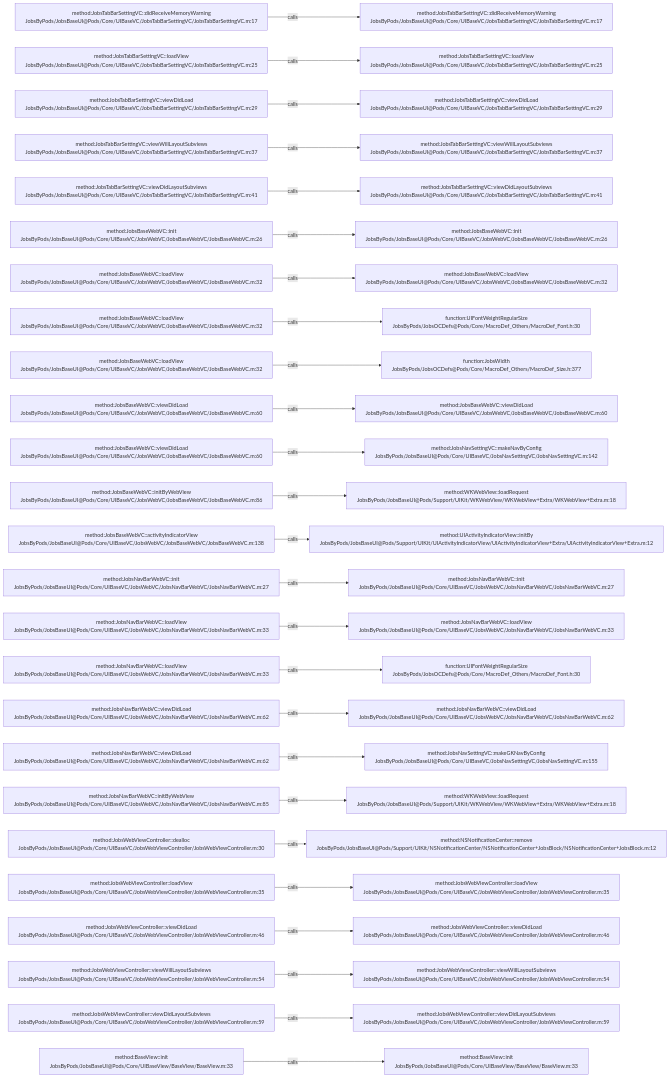
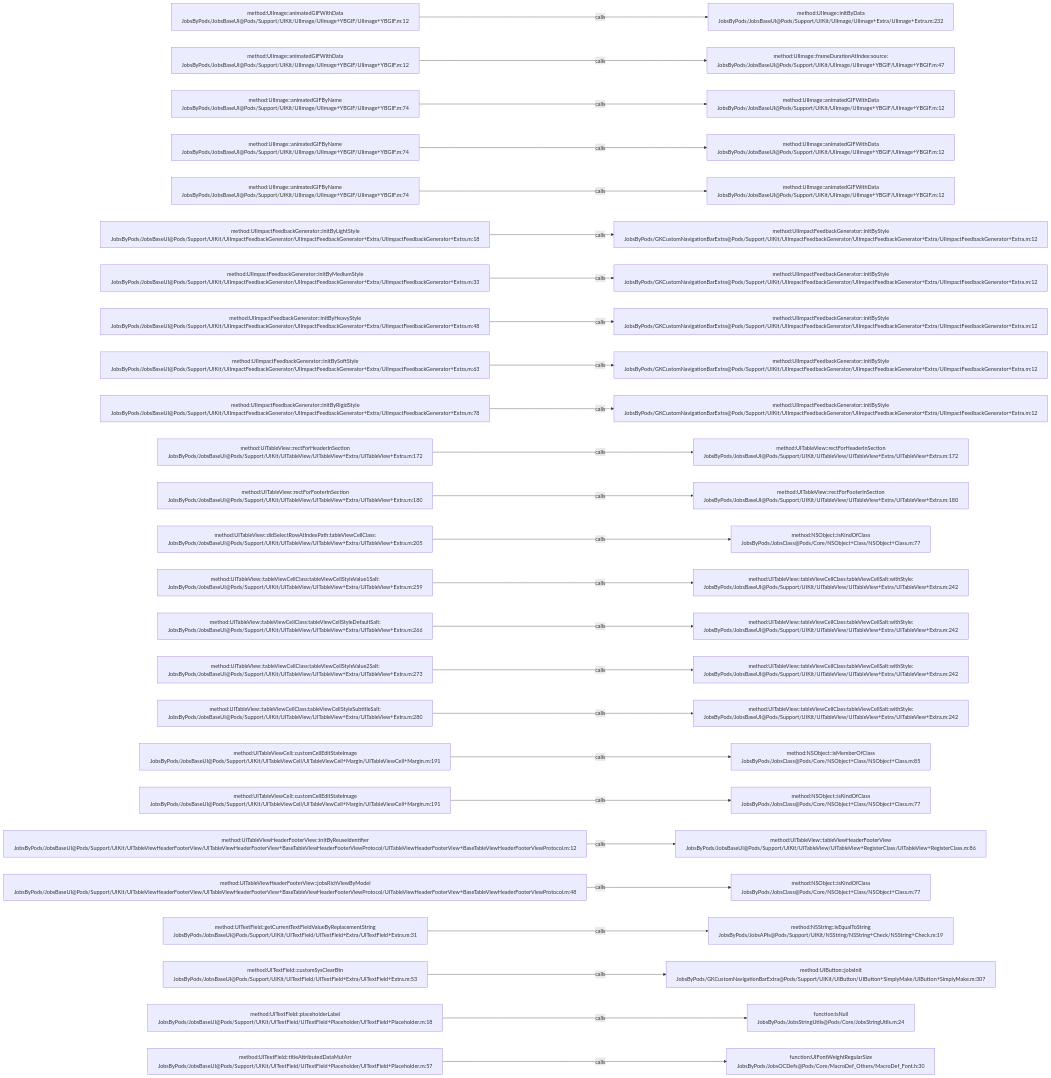
Before and after one commit to JobsKits/JobsOCBaseConfigDemo: the diagram in .codegraph/codegraph.md/graphs/calls-045.md, drawn with Mermaid. The commit also changed 1026 other files, not shown here.

````diff
--- a/.codegraph/codegraph.md/graphs/calls-045.md
+++ b/.codegraph/codegraph.md/graphs/calls-045.md
@@ -13,78 +13,78 @@
 ```mermaid
 flowchart LR
-  S1["method:JobsTabBarSettingVC::didReceiveMemoryWarning<br/>JobsByPods/JobsBaseUI@Pods/Core/UIBaseVC/JobsTabBarSettingVC/JobsTabBarSettingVC.m:17"]
-  T1["method:JobsTabBarSettingVC::didReceiveMemoryWarning<br/>JobsByPods/JobsBaseUI@Pods/Core/UIBaseVC/JobsTabBarSettingVC/JobsTabBarSettingVC.m:17"]
+  S1["method:UIImage::animatedGIFWithData<br/>JobsByPods/JobsBaseUI@Pods/Support/UIKit/UIImage/UIImage+YBGIF/UIImage+YBGIF.m:12"]
+  T1["method:UIImage::initByData<br/>JobsByPods/JobsBaseUI@Pods/Support/UIKit/UIImage/UIImage+Extra/UIImage+Extra.m:232"]
   S1 -->|calls| T1
-  S2["method:JobsTabBarSettingVC::loadView<br/>JobsByPods/JobsBaseUI@Pods/Core/UIBaseVC/JobsTabBarSettingVC/JobsTabBarSettingVC.m:25"]
-  T2["method:JobsTabBarSettingVC::loadView<br/>JobsByPods/JobsBaseUI@Pods/Core/UIBaseVC/JobsTabBarSettingVC/JobsTabBarSettingVC.m:25"]
+  S2["method:UIImage::animatedGIFWithData<br/>JobsByPods/JobsBaseUI@Pods/Support/UIKit/UIImage/UIImage+YBGIF/UIImage+YBGIF.m:12"]
+  T2["method:UIImage::frameDurationAtIndex:source:<br/>JobsByPods/JobsBaseUI@Pods/Support/UIKit/UIImage/UIImage+YBGIF/UIImage+YBGIF.m:47"]
   S2 -->|calls| T2
-  S3["method:JobsTabBarSettingVC::viewDidLoad<br/>JobsByPods/JobsBaseUI@Pods/Core/UIBaseVC/JobsTabBarSettingVC/JobsTabBarSettingVC.m:29"]
-  T3["method:JobsTabBarSettingVC::viewDidLoad<br/>JobsByPods/JobsBaseUI@Pods/Core/UIBaseVC/JobsTabBarSettingVC/JobsTabBarSettingVC.m:29"]
+  S3["method:UIImage::animatedGIFByName<br/>JobsByPods/JobsBaseUI@Pods/Support/UIKit/UIImage/UIImage+YBGIF/UIImage+YBGIF.m:74"]
+  T3["method:UIImage::animatedGIFWithData<br/>JobsByPods/JobsBaseUI@Pods/Support/UIKit/UIImage/UIImage+YBGIF/UIImage+YBGIF.m:12"]
   S3 -->|calls| T3
-  S4["method:JobsTabBarSettingVC::viewWillLayoutSubviews<br/>JobsByPods/JobsBaseUI@Pods/Core/UIBaseVC/JobsTabBarSettingVC/JobsTabBarSettingVC.m:37"]
-  T4["method:JobsTabBarSettingVC::viewWillLayoutSubviews<br/>JobsByPods/JobsBaseUI@Pods/Core/UIBaseVC/JobsTabBarSettingVC/JobsTabBarSettingVC.m:37"]
+  S4["method:UIImage::animatedGIFByName<br/>JobsByPods/JobsBaseUI@Pods/Support/UIKit/UIImage/UIImage+YBGIF/UIImage+YBGIF.m:74"]
+  T4["method:UIImage::animatedGIFWithData<br/>JobsByPods/JobsBaseUI@Pods/Support/UIKit/UIImage/UIImage+YBGIF/UIImage+YBGIF.m:12"]
   S4 -->|calls| T4
-  S5["method:JobsTabBarSettingVC::viewDidLayoutSubviews<br/>JobsByPods/JobsBaseUI@Pods/Core/UIBaseVC/JobsTabBarSettingVC/JobsTabBarSettingVC.m:41"]
-  T5["method:JobsTabBarSettingVC::viewDidLayoutSubviews<br/>JobsByPods/JobsBaseUI@Pods/Core/UIBaseVC/JobsTabBarSettingVC/JobsTabBarSettingVC.m:41"]
+  S5["method:UIImage::animatedGIFByName<br/>JobsByPods/JobsBaseUI@Pods/Support/UIKit/UIImage/UIImage+YBGIF/UIImage+YBGIF.m:74"]
+  T5["method:UIImage::animatedGIFWithData<br/>JobsByPods/JobsBaseUI@Pods/Support/UIKit/UIImage/UIImage+YBGIF/UIImage+YBGIF.m:12"]
   S5 -->|calls| T5
-  S6["method:JobsBaseWebVC::init<br/>JobsByPods/JobsBaseUI@Pods/Core/UIBaseVC/JobsWebVC/JobsBaseWebVC/JobsBaseWebVC.m:26"]
-  T6["method:JobsBaseWebVC::init<br/>JobsByPods/JobsBaseUI@Pods/Core/UIBaseVC/JobsWebVC/JobsBaseWebVC/JobsBaseWebVC.m:26"]
+  S6["method:UIImpactFeedbackGenerator::initByLightStyle<br/>JobsByPods/JobsBaseUI@Pods/Support/UIKit/UIImpactFeedbackGenerator/UIImpactFeedbackGenerator+Extra/UIImpactFeedbackGenerator+Extra.m:18"]
+  T6["method:UIImpactFeedbackGenerator::initByStyle<br/>JobsByPods/GKCustomNavigationBarExtra@Pods/Support/UIKit/UIImpactFeedbackGenerator/UIImpactFeedbackGenerator+Extra/UIImpactFeedbackGenerator+Extra.m:12"]
   S6 -->|calls| T6
-  S7["method:JobsBaseWebVC::loadView<br/>JobsByPods/JobsBaseUI@Pods/Core/UIBaseVC/JobsWebVC/JobsBaseWebVC/JobsBaseWebVC.m:32"]
-  T7["method:JobsBaseWebVC::loadView<br/>JobsByPods/JobsBaseUI@Pods/Core/UIBaseVC/JobsWebVC/JobsBaseWebVC/JobsBaseWebVC.m:32"]
+  S7["method:UIImpactFeedbackGenerator::initByMediumStyle<br/>JobsByPods/JobsBaseUI@Pods/Support/UIKit/UIImpactFeedbackGenerator/UIImpactFeedbackGenerator+Extra/UIImpactFeedbackGenerator+Extra.m:33"]
+  T7["method:UIImpactFeedbackGenerator::initByStyle<br/>JobsByPods/GKCustomNavigationBarExtra@Pods/Support/UIKit/UIImpactFeedbackGenerator/UIImpactFeedbackGenerator+Extra/UIImpactFeedbackGenerator+Extra.m:12"]
   S7 -->|calls| T7
-  S8["method:JobsBaseWebVC::loadView<br/>JobsByPods/JobsBaseUI@Pods/Core/UIBaseVC/JobsWebVC/JobsBaseWebVC/JobsBaseWebVC.m:32"]
-  T8["function:UIFontWeightRegularSize<br/>JobsByPods/JobsOCDefs@Pods/Core/MacroDef_Others/MacroDef_Font.h:30"]
+  S8["method:UIImpactFeedbackGenerator::initByHeavyStyle<br/>JobsByPods/JobsBaseUI@Pods/Support/UIKit/UIImpactFeedbackGenerator/UIImpactFeedbackGenerator+Extra/UIImpactFeedbackGenerator+Extra.m:48"]
+  T8["method:UIImpactFeedbackGenerator::initByStyle<br/>JobsByPods/GKCustomNavigationBarExtra@Pods/Support/UIKit/UIImpactFeedbackGenerator/UIImpactFeedbackGenerator+Extra/UIImpactFeedbackGenerator+Extra.m:12"]
   S8 -->|calls| T8
-  S9["method:JobsBaseWebVC::loadView<br/>JobsByPods/JobsBaseUI@Pods/Core/UIBaseVC/JobsWebVC/JobsBaseWebVC/JobsBaseWebVC.m:32"]
-  T9["function:JobsWidth<br/>JobsByPods/JobsOCDefs@Pods/Core/MacroDef_Others/MacroDef_Size.h:377"]
+  S9["method:UIImpactFeedbackGenerator::initBySoftStyle<br/>JobsByPods/JobsBaseUI@Pods/Support/UIKit/UIImpactFeedbackGenerator/UIImpactFeedbackGenerator+Extra/UIImpactFeedbackGenerator+Extra.m:63"]
+  T9["method:UIImpactFeedbackGenerator::initByStyle<br/>JobsByPods/GKCustomNavigationBarExtra@Pods/Support/UIKit/UIImpactFeedbackGenerator/UIImpactFeedbackGenerator+Extra/UIImpactFeedbackGenerator+Extra.m:12"]
   S9 -->|calls| T9
-  S10["method:JobsBaseWebVC::viewDidLoad<br/>JobsByPods/JobsBaseUI@Pods/Core/UIBaseVC/JobsWebVC/JobsBaseWebVC/JobsBaseWebVC.m:60"]
-  T10["method:JobsBaseWebVC::viewDidLoad<br/>JobsByPods/JobsBaseUI@Pods/Core/UIBaseVC/JobsWebVC/JobsBaseWebVC/JobsBaseWebVC.m:60"]
+  S10["method:UIImpactFeedbackGenerator::initByRigidStyle<br/>JobsByPods/JobsBaseUI@Pods/Support/UIKit/UIImpactFeedbackGenerator/UIImpactFeedbackGenerator+Extra/UIImpactFeedbackGenerator+Extra.m:78"]
+  T10["method:UIImpactFeedbackGenerator::initByStyle<br/>JobsByPods/GKCustomNavigationBarExtra@Pods/Support/UIKit/UIImpactFeedbackGenerator/UIImpactFeedbackGenerator+Extra/UIImpactFeedbackGenerator+Extra.m:12"]
   S10 -->|calls| T10
-  S11["method:JobsBaseWebVC::viewDidLoad<br/>JobsByPods/JobsBaseUI@Pods/Core/UIBaseVC/JobsWebVC/JobsBaseWebVC/JobsBaseWebVC.m:60"]
-  T11["method:JobsNavSettingVC::makeNavByConfig<br/>JobsByPods/JobsBaseUI@Pods/Core/UIBaseVC/JobsNavSettingVC/JobsNavSettingVC.m:142"]
+  S11["method:UITableView::rectForHeaderInSection<br/>JobsByPods/JobsBaseUI@Pods/Support/UIKit/UITableView/UITableView+Extra/UITableView+Extra.m:172"]
+  T11["method:UITableView::rectForHeaderInSection<br/>JobsByPods/JobsBaseUI@Pods/Support/UIKit/UITableView/UITableView+Extra/UITableView+Extra.m:172"]
   S11 -->|calls| T11
-  S12["method:JobsBaseWebVC::initByWebView<br/>JobsByPods/JobsBaseUI@Pods/Core/UIBaseVC/JobsWebVC/JobsBaseWebVC/JobsBaseWebVC.m:86"]
-  T12["method:WKWebView::loadRequest<br/>JobsByPods/JobsBaseUI@Pods/Support/UIKit/WKWebView/WKWebView+Extra/WKWebView+Extra.m:18"]
+  S12["method:UITableView::rectForFooterInSection<br/>JobsByPods/JobsBaseUI@Pods/Support/UIKit/UITableView/UITableView+Extra/UITableView+Extra.m:180"]
+  T12["method:UITableView::rectForFooterInSection<br/>JobsByPods/JobsBaseUI@Pods/Support/UIKit/UITableView/UITableView+Extra/UITableView+Extra.m:180"]
   S12 -->|calls| T12
-  S13["method:JobsBaseWebVC::activityIndicatorView<br/>JobsByPods/JobsBaseUI@Pods/Core/UIBaseVC/JobsWebVC/JobsBaseWebVC/JobsBaseWebVC.m:138"]
-  T13["method:UIActivityIndicatorView::initBy<br/>JobsByPods/JobsBaseUI@Pods/Support/UIKit/UIActivityIndicatorView/UIActivityIndicatorView+Extra/UIActivityIndicatorView+Extra.m:12"]
+  S13["method:UITableView::didSelectRowAtIndexPath:tableViewCellClass:<br/>JobsByPods/JobsBaseUI@Pods/Support/UIKit/UITableView/UITableView+Extra/UITableView+Extra.m:205"]
+  T13["method:NSObject::isKindOfClass<br/>JobsByPods/JobsClass@Pods/Core/NSObject+Class/NSObject+Class.m:77"]
   S13 -->|calls| T13
-  S14["method:JobsNavBarWebVC::init<br/>JobsByPods/JobsBaseUI@Pods/Core/UIBaseVC/JobsWebVC/JobsNavBarWebVC/JobsNavBarWebVC.m:27"]
-  T14["method:JobsNavBarWebVC::init<br/>JobsByPods/JobsBaseUI@Pods/Core/UIBaseVC/JobsWebVC/JobsNavBarWebVC/JobsNavBarWebVC.m:27"]
+  S14["method:UITableView::tableViewCellClass:tableViewCellStyleValue1Salt:<br/>JobsByPods/JobsBaseUI@Pods/Support/UIKit/UITableView/UITableView+Extra/UITableView+Extra.m:259"]
+  T14["method:UITableView::tableViewCellClass:tableViewCellSalt:withStyle:<br/>JobsByPods/JobsBaseUI@Pods/Support/UIKit/UITableView/UITableView+Extra/UITableView+Extra.m:242"]
   S14 -->|calls| T14
-  S15["method:JobsNavBarWebVC::loadView<br/>JobsByPods/JobsBaseUI@Pods/Core/UIBaseVC/JobsWebVC/JobsNavBarWebVC/JobsNavBarWebVC.m:33"]
-  T15["method:JobsNavBarWebVC::loadView<br/>JobsByPods/JobsBaseUI@Pods/Core/UIBaseVC/JobsWebVC/JobsNavBarWebVC/JobsNavBarWebVC.m:33"]
+  S15["method:UITableView::tableViewCellClass:tableViewCellStyleDefaultSalt:<br/>JobsByPods/JobsBaseUI@Pods/Support/UIKit/UITableView/UITableView+Extra/UITableView+Extra.m:266"]
+  T15["method:UITableView::tableViewCellClass:tableViewCellSalt:withStyle:<br/>JobsByPods/JobsBaseUI@Pods/Support/UIKit/UITableView/UITableView+Extra/UITableView+Extra.m:242"]
   S15 -->|calls| T15
-  S16["method:JobsNavBarWebVC::loadView<br/>JobsByPods/JobsBaseUI@Pods/Core/UIBaseVC/JobsWebVC/JobsNavBarWebVC/JobsNavBarWebVC.m:33"]
-  T16["function:UIFontWeightRegularSize<br/>JobsByPods/JobsOCDefs@Pods/Core/MacroDef_Others/MacroDef_Font.h:30"]
+  S16["method:UITableView::tableViewCellClass:tableViewCellStyleValue2Salt:<br/>JobsByPods/JobsBaseUI@Pods/Support/UIKit/UITableView/UITableView+Extra/UITableView+Extra.m:273"]
+  T16["method:UITableView::tableViewCellClass:tableViewCellSalt:withStyle:<br/>JobsByPods/JobsBaseUI@Pods/Support/UIKit/UITableView/UITableView+Extra/UITableView+Extra.m:242"]
   S16 -->|calls| T16
-  S17["method:JobsNavBarWebVC::viewDidLoad<br/>JobsByPods/JobsBaseUI@Pods/Core/UIBaseVC/JobsWebVC/JobsNavBarWebVC/JobsNavBarWebVC.m:62"]
-  T17["method:JobsNavBarWebVC::viewDidLoad<br/>JobsByPods/JobsBaseUI@Pods/Core/UIBaseVC/JobsWebVC/JobsNavBarWebVC/JobsNavBarWebVC.m:62"]
+  S17["method:UITableView::tableViewCellClass:tableViewCellStyleSubtitleSalt:<br/>JobsByPods/JobsBaseUI@Pods/Support/UIKit/UITableView/UITableView+Extra/UITableView+Extra.m:280"]
+  T17["method:UITableView::tableViewCellClass:tableViewCellSalt:withStyle:<br/>JobsByPods/JobsBaseUI@Pods/Support/UIKit/UITableView/UITableView+Extra/UITableView+Extra.m:242"]
   S17 -->|calls| T17
-  S18["method:JobsNavBarWebVC::viewDidLoad<br/>JobsByPods/JobsBaseUI@Pods/Core/UIBaseVC/JobsWebVC/JobsNavBarWebVC/JobsNavBarWebVC.m:62"]
-  T18["method:JobsNavSettingVC::makeGKNavByConfig<br/>JobsByPods/JobsBaseUI@Pods/Core/UIBaseVC/JobsNavSettingVC/JobsNavSettingVC.m:155"]
+  S18["method:UITableViewCell::customCellEditStateImage<br/>JobsByPods/JobsBaseUI@Pods/Support/UIKit/UITableViewCell/UITableViewCell+Margin/UITableViewCell+Margin.m:191"]
+  T18["method:NSObject::isMemberOfClass<br/>JobsByPods/JobsClass@Pods/Core/NSObject+Class/NSObject+Class.m:85"]
   S18 -->|calls| T18
-  S19["method:JobsNavBarWebVC::initByWebView<br/>JobsByPods/JobsBaseUI@Pods/Core/UIBaseVC/JobsWebVC/JobsNavBarWebVC/JobsNavBarWebVC.m:85"]
-  T19["method:WKWebView::loadRequest<br/>JobsByPods/JobsBaseUI@Pods/Support/UIKit/WKWebView/WKWebView+Extra/WKWebView+Extra.m:18"]
+  S19["method:UITableViewCell::customCellEditStateImage<br/>JobsByPods/JobsBaseUI@Pods/Support/UIKit/UITableViewCell/UITableViewCell+Margin/UITableViewCell+Margin.m:191"]
+  T19["method:NSObject::isKindOfClass<br/>JobsByPods/JobsClass@Pods/Core/NSObject+Class/NSObject+Class.m:77"]
   S19 -->|calls| T19
-  S20["method:JobsWebViewController::dealloc<br/>JobsByPods/JobsBaseUI@Pods/Core/UIBaseVC/JobsWebViewController/JobsWebViewController.m:30"]
-  T20["method:NSNotificationCenter::remove<br/>JobsByPods/JobsBaseUI@Pods/Support/UIKit/NSNotificationCenter/NSNotificationCenter+JobsBlock/NSNotificationCenter+JobsBlock.m:12"]
+  S20["method:UITableViewHeaderFooterView::initByReuseIdentifier<br/>JobsByPods/JobsBaseUI@Pods/Support/UIKit/UITableViewHeaderFooterView/UITableViewHeaderFooterView+BaseTableViewHeaderFooterViewProtocol/UITableViewHeaderFooterView+BaseTableViewHeaderFooterViewProtocol.m:12"]
+  T20["method:UITableView::tableViewHeaderFooterView<br/>JobsByPods/JobsBaseUI@Pods/Support/UIKit/UITableView/UITableView+RegisterClass/UITableView+RegisterClass.m:86"]
   S20 -->|calls| T20
-  S21["method:JobsWebViewController::loadView<br/>JobsByPods/JobsBaseUI@Pods/Core/UIBaseVC/JobsWebViewController/JobsWebViewController.m:35"]
-  T21["method:JobsWebViewController::loadView<br/>JobsByPods/JobsBaseUI@Pods/Core/UIBaseVC/JobsWebViewController/JobsWebViewController.m:35"]
+  S21["method:UITableViewHeaderFooterView::jobsRichViewByModel<br/>JobsByPods/JobsBaseUI@Pods/Support/UIKit/UITableViewHeaderFooterView/UITableViewHeaderFooterView+BaseTableViewHeaderFooterViewProtocol/UITableViewHeaderFooterView+BaseTableViewHeaderFooterViewProtocol.m:48"]
+  T21["method:NSObject::isKindOfClass<br/>JobsByPods/JobsClass@Pods/Core/NSObject+Class/NSObject+Class.m:77"]
   S21 -->|calls| T21
-  S22["method:JobsWebViewController::viewDidLoad<br/>JobsByPods/JobsBaseUI@Pods/Core/UIBaseVC/JobsWebViewController/JobsWebViewController.m:46"]
-  T22["method:JobsWebViewController::viewDidLoad<br/>JobsByPods/JobsBaseUI@Pods/Core/UIBaseVC/JobsWebViewController/JobsWebViewController.m:46"]
+  S22["method:UITextField::getCurrentTextFieldValueByReplacementString<br/>JobsByPods/JobsBaseUI@Pods/Support/UIKit/UITextField/UITextField+Extra/UITextField+Extra.m:31"]
+  T22["method:NSString::isEqualToString<br/>JobsByPods/JobsAPIs@Pods/Support/UIKit/NSString/NSString+Check/NSString+Check.m:19"]
   S22 -->|calls| T22
-  S23["method:JobsWebViewController::viewWillLayoutSubviews<br/>JobsByPods/JobsBaseUI@Pods/Core/UIBaseVC/JobsWebViewController/JobsWebViewController.m:54"]
-  T23["method:JobsWebViewController::viewWillLayoutSubviews<br/>JobsByPods/JobsBaseUI@Pods/Core/UIBaseVC/JobsWebViewController/JobsWebViewController.m:54"]
+  S23["method:UITextField::customSysClearBtn<br/>JobsByPods/JobsBaseUI@Pods/Support/UIKit/UITextField/UITextField+Extra/UITextField+Extra.m:53"]
+  T23["method:UIButton::jobsInit<br/>JobsByPods/GKCustomNavigationBarExtra@Pods/Support/UIKit/UIButton/UIButton+SimplyMake/UIButton+SimplyMake.m:307"]
   S23 -->|calls| T23
-  S24["method:JobsWebViewController::viewDidLayoutSubviews<br/>JobsByPods/JobsBaseUI@Pods/Core/UIBaseVC/JobsWebViewController/JobsWebViewController.m:59"]
-  T24["method:JobsWebViewController::viewDidLayoutSubviews<br/>JobsByPods/JobsBaseUI@Pods/Core/UIBaseVC/JobsWebViewController/JobsWebViewController.m:59"]
+  S24["method:UITextField::placeholderLabel<br/>JobsByPods/JobsBaseUI@Pods/Support/UIKit/UITextField/UITextField+Placeholder/UITextField+Placeholder.m:18"]
+  T24["function:isNull<br/>JobsByPods/JobsStringUtils@Pods/Core/JobsStringUtils.m:24"]
   S24 -->|calls| T24
-  S25["method:BaseView::init<br/>JobsByPods/JobsBaseUI@Pods/Core/UIBaseView/BaseView/BaseView.m:33"]
-  T25["method:BaseView::init<br/>JobsByPods/JobsBaseUI@Pods/Core/UIBaseView/BaseView/BaseView.m:33"]
+  S25["method:UITextField::titleAttributedDataMutArr<br/>JobsByPods/JobsBaseUI@Pods/Support/UIKit/UITextField/UITextField+Placeholder/UITextField+Placeholder.m:57"]
+  T25["function:UIFontWeightRegularSize<br/>JobsByPods/JobsOCDefs@Pods/Core/MacroDef_Others/MacroDef_Font.h:30"]
   S25 -->|calls| T25
 ```
````
